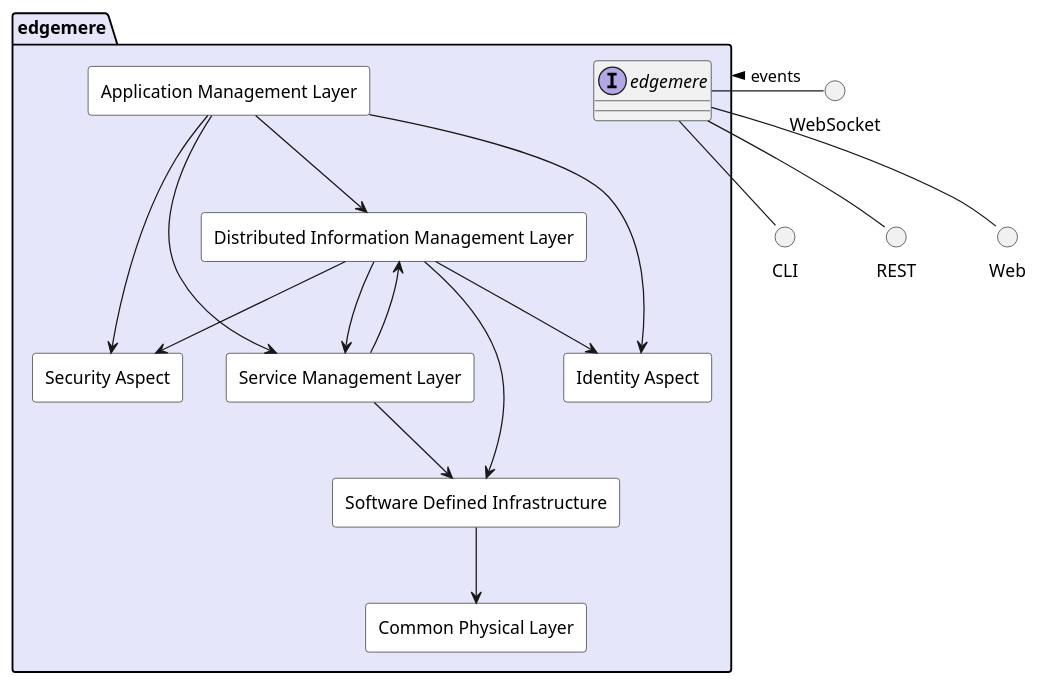
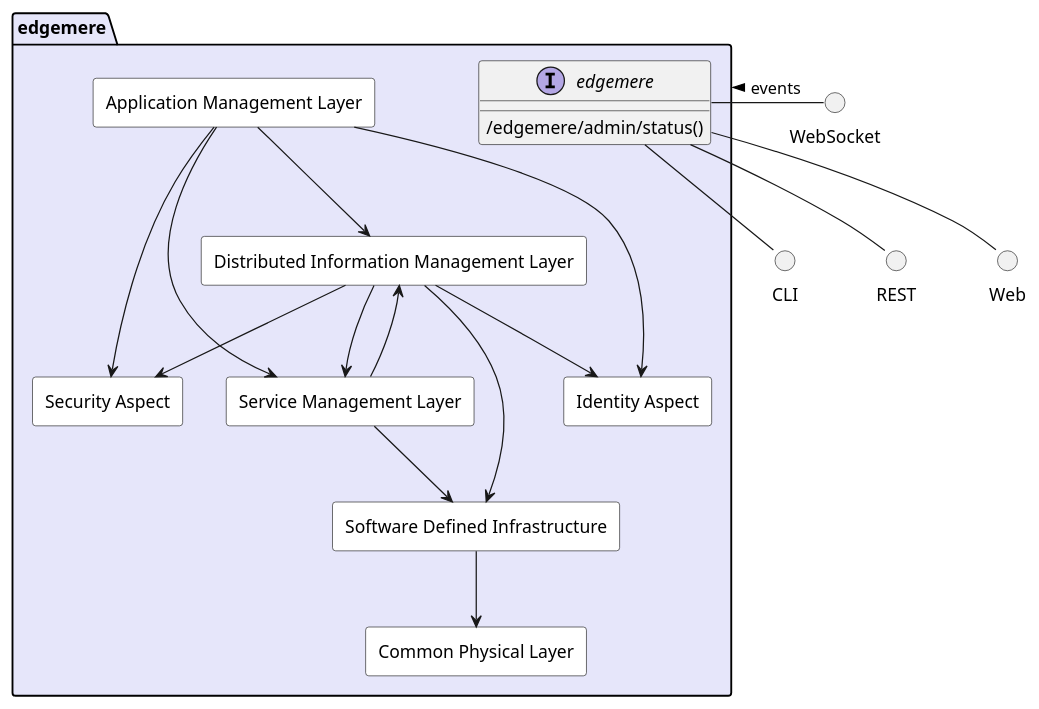
Before and after one commit to madajaju/edgemere: the diagram in docs/subpackage.puml, drawn with PlantUML. The commit also changed 17 other files, not shown here.

```diff
--- a/docs/subpackage.puml
+++ b/docs/subpackage.puml
@@ -1,73 +1,74 @@
 @startuml
 
 
 
 package "edgemere" #lavender {
 
     interface "edgemere" as i {
     
+            /edgemere/admin/status()
     
     }
 }
 
 circle REST
 circle Web
 circle CLI
 circle WebSocket
 
 i -down- Web
 i -down- CLI
 i -down- REST
 WebSocket -left- i: events >
 
 package "edgemere" #lavender {
 
 
 rectangle "Application Management Layer" #white {
 }
 
 rectangle "Common Physical Layer" #white {
 }
 
 rectangle "Distributed Information Management Layer" #white {
 }
 
 rectangle "Identity Aspect" #white {
 }
 
 rectangle "Security Aspect" #white {
 }
 
 rectangle "Service Management Layer" #white {
 }
 
 rectangle "Software Defined Infrastructure" #white {
 }
 
     "Application Management Layer" --> "Distributed Information Management Layer"
     
     "Application Management Layer" --> "Service Management Layer"
     
     "Application Management Layer" --> "Security Aspect"
     
     "Application Management Layer" --> "Identity Aspect"
     
     "Distributed Information Management Layer" --> "Software Defined Infrastructure"
     
     "Distributed Information Management Layer" --> "Service Management Layer"
     
     "Distributed Information Management Layer" --> "Security Aspect"
     
     "Distributed Information Management Layer" --> "Identity Aspect"
     
     "Service Management Layer" --> "Software Defined Infrastructure"
     
     "Service Management Layer" --> "Distributed Information Management Layer"
     
     "Software Defined Infrastructure" --> "Common Physical Layer"
     
 }
 
 
 
 @enduml
```
